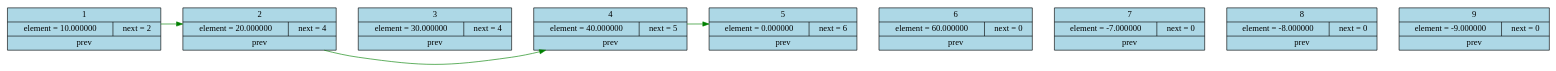
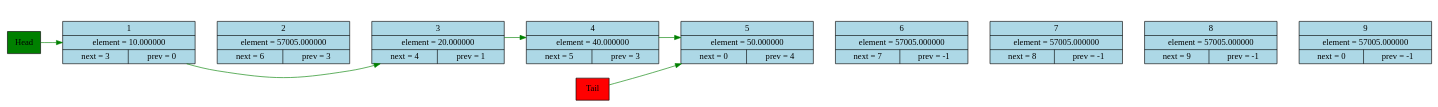
The diagram in log/graphviz_file.dot (evanvd/List), drawn with Graphviz before and after one commit. The commit also changed 18 other files, not shown here.

Commit message:
head&tail in dump

```diff
--- a/log/graphviz_file.dot
+++ b/log/graphviz_file.dot
@@ -1,19 +1,22 @@
 digraph {
+
+HEAD [shape = record, label = "Head", style =  filled, fillcolor = "green"];
+TAIL [shape = record, label = "Tail", style =  filled, fillcolor = "red"];
 rankdir=LR;
  ranksep=0.5;
- nodesep = 0.3;node1 [shape=record,label=" 1 |{element =  10.000000 |<f0> next = 2 } | prev ", style=filled, fillcolor=lightblue, width=3, height=0.8];
-node2 [shape=record,label=" 2 |{element =  20.000000 |<f0> next = 4 } | prev ", style=filled, fillcolor=lightblue, width=3, height=0.8];
-node3 [shape=record,label=" 3 |{element =  30.000000 |<f0> next = 4 } | prev ", style=filled, fillcolor=lightblue, width=3, height=0.8];
-node4 [shape=record,label=" 4 |{element =  40.000000 |<f0> next = 5 } | prev ", style=filled, fillcolor=lightblue, width=3, height=0.8];
-node5 [shape=record,label=" 5 |{element =  0.000000 |<f0> next = 6 } | prev ", style=filled, fillcolor=lightblue, width=3, height=0.8];
-node6 [shape=record,label=" 6 |{element =  60.000000 |<f0> next = 0 } | prev ", style=filled, fillcolor=lightblue, width=3, height=0.8];
-node7 [shape=record,label=" 7 |{element =  -7.000000 |<f0> next = 0 } | prev ", style=filled, fillcolor=lightblue, width=3, height=0.8];
-node8 [shape=record,label=" 8 |{element =  -8.000000 |<f0> next = 0 } | prev ", style=filled, fillcolor=lightblue, width=3, height=0.8];
-node9 [shape=record,label=" 9 |{element =  -9.000000 |<f0> next = 0 } | prev ", style=filled, fillcolor=lightblue, width=3, height=0.8];
-
-node1->node2->node3->node4->node5->node6->node7->node8->node9
-
-    [style=invis, weight=100];
-    edge [color=green, penwidth=1, arrowhead = normal]
-node1->node2->node4->node5;
+ nodesep = 0.3;node1 [shape=record,label=" 1 |element =  10.000000 |{<f0> next = 3  | prev  = 0}", style=filled, fillcolor=lightblue, width=3, height=0.8];
+node2 [shape=record,label=" 2 |element =  57005.000000 |{<f0> next = 6  | prev  = 3}",  style=filled, fillcolor=lightblue, width=3, height=0.8];
+node3 [shape=record,label=" 3 |element =  20.000000    |{<f0> next = 4  | prev  = 1}",  style=filled, fillcolor=lightblue, width=3, height=0.8];
+node4 [shape=record,label=" 4 |element =  40.000000    |{<f0> next = 5  | prev  = 3}",  style=filled, fillcolor=lightblue, width=3, height=0.8];
+node5 [shape=record,label=" 5 |element =  50.000000    |{<f0> next = 0  | prev  = 4}",  style=filled, fillcolor=lightblue, width=3, height=0.8];
+node6 [shape=record,label=" 6 |element =  57005.000000 |{<f0> next = 7  | prev  = -1}", style=filled, fillcolor=lightblue, width=3, height=0.8];
+node7 [shape=record,label=" 7 |element =  57005.000000 |{<f0> next = 8  | prev  = -1}", style=filled, fillcolor=lightblue, width=3, height=0.8];
+node8 [shape=record,label=" 8 |element =  57005.000000 |{<f0> next = 9  | prev  = -1}", style=filled, fillcolor=lightblue, width=3, height=0.8];
+node9 [shape=record,label=" 9 |element =  57005.000000 |{<f0> next = 0  | prev  = -1}", style=filled, fillcolor=lightblue, width=3, height=0.8];
+node1->node1->node2->node3->node4->node5->node6->node7->node8->node9
+[style=invis, weight=100];
+edge [color=green, penwidth=1, arrowhead = normal];
+node1->node3->node4->node5;
+HEAD->node1
+TAIL->node5
 }
```
